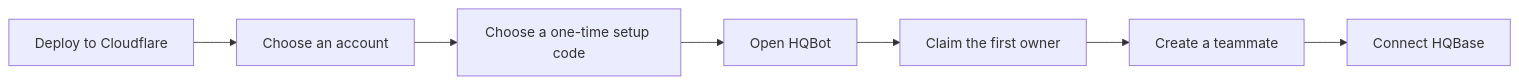
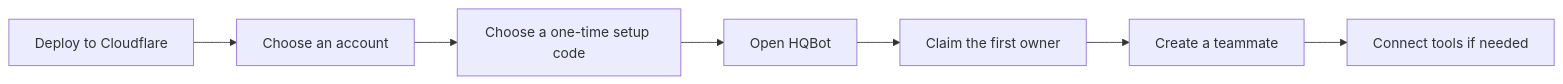
One commit to HQBase/hqbot changed the second of 2 diagrams in README.md. Above: the diagram before and after it, drawn with Mermaid. The commit also changed other lines of this file and 10 other files, not shown here.

````diff
--- a/README.md
+++ b/README.md
@@ -51,9 +51,9 @@
 ```mermaid
 flowchart LR
   Click[Deploy to Cloudflare] --> Account[Choose an account]
   Account --> Code[Choose a one-time setup code]
   Code --> Open[Open HQBot]
   Open --> Owner[Claim the first owner]
   Owner --> Team[Create a teammate]
-  Team --> Connect[Connect HQBase]
+  Team --> Connect[Connect tools if needed]
 ```
````
